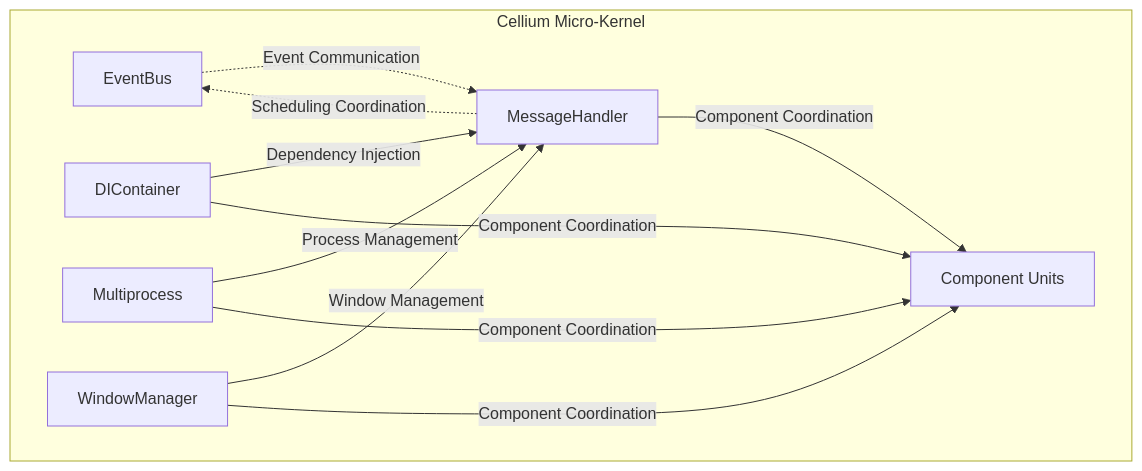
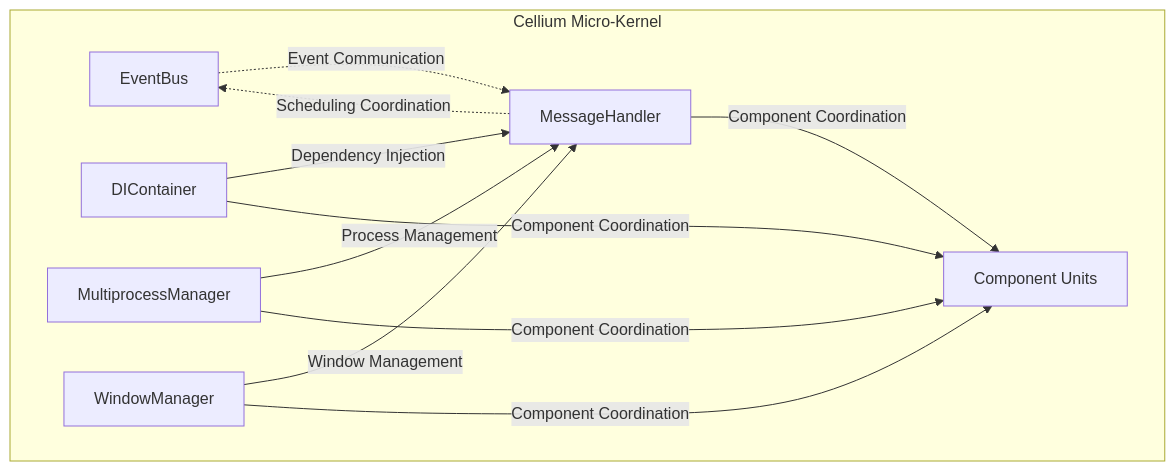
Before and after one commit to xiaojinao/Cellium-Serial: the fourth of 4 diagrams in README.en.md, drawn with Mermaid. The commit also changed other lines of this file and 2 other files, not shown here.

````diff
--- a/README.en.md
+++ b/README.en.md
@@ -267,20 +281,20 @@
 ```mermaid
 flowchart TB
     subgraph Kernel["Cellium Micro-Kernel"]
         EB["EventBus"]
         MH["MessageHandler"]
         DI["DIContainer"]
-        MP["Multiprocess"]
+        MP["MultiprocessManager"]
         WM["WindowManager"]
         Components["Component Units"]
     end
 
     MH -.->|"Scheduling Coordination"| EB
     EB -.->|"Event Communication"| MH
     
     DI -->|"Dependency Injection"| MH
     MP -->|"Process Management"| MH
     WM -->|"Window Management"| MH
     
     MH & DI & MP & WM -->|"Component Coordination"| Components
 ```
````
